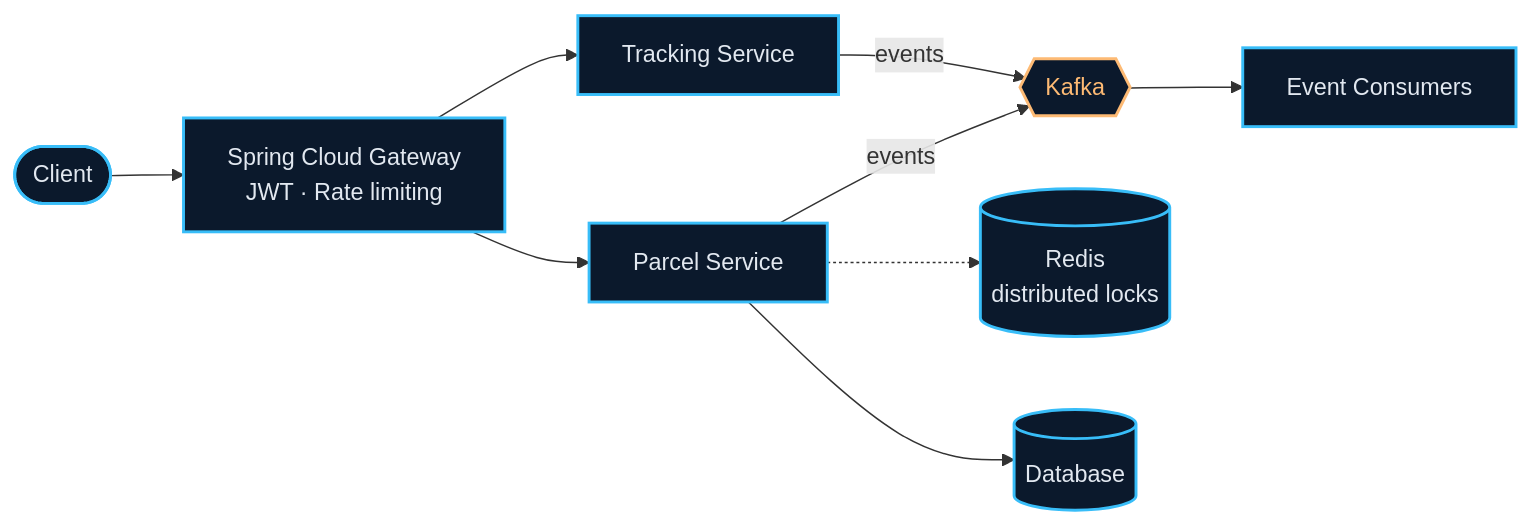
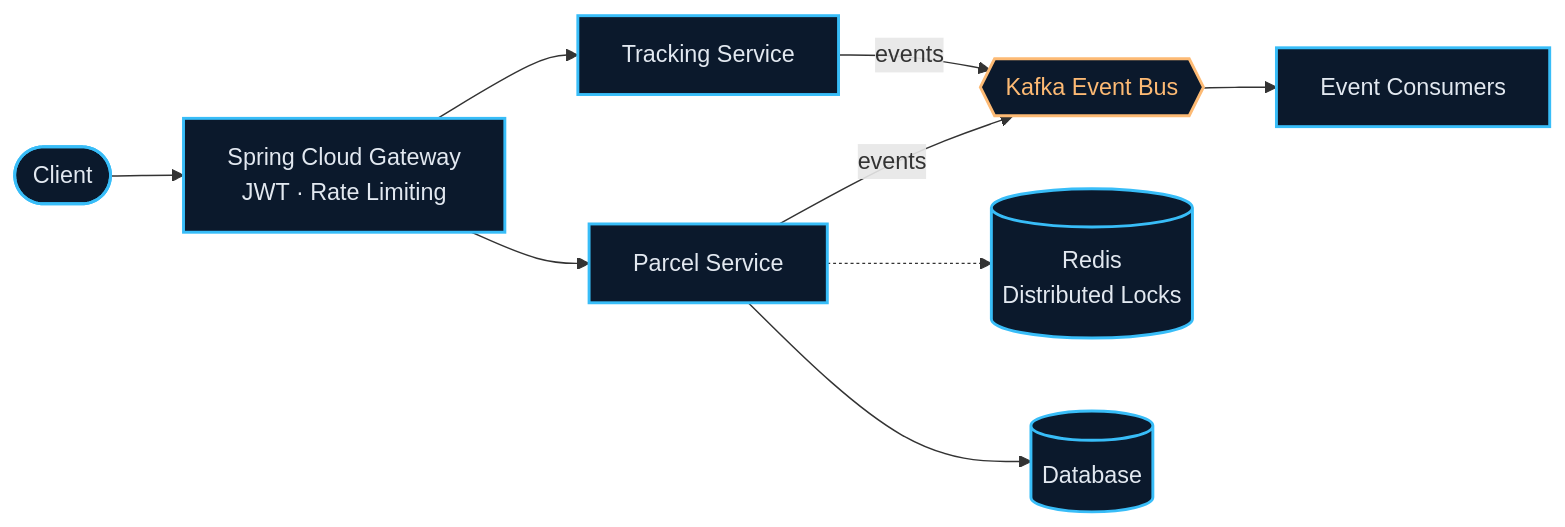
Before and after one commit to Khanhnv26/khanhnv26: the diagram in README.md, drawn with Mermaid. The commit also changed other lines of this file, not shown here.

````diff
--- a/README.md
+++ b/README.md
@@ -210,15 +77,15 @@
 ```mermaid
 flowchart LR
-    C([Client]) --> G["Spring Cloud Gateway<br/>JWT · Rate limiting"]
+    C([Client]) --> G["Spring Cloud Gateway<br/>JWT &middot; Rate Limiting"]
     G --> P[Parcel Service]
     G --> T[Tracking Service]
-    P -- events --> K{{Kafka}}
+    P -- events --> K{{Kafka Event Bus}}
     T -- events --> K
     K --> N[Event Consumers]
-    P -.-> R[("Redis<br/>distributed locks")]
+    P -.-> R[("Redis<br/>Distributed Locks")]
     P --> D[(Database)]
     classDef n fill:#0B192C,stroke:#38BDF8,stroke-width:2px,color:#E2E8F0;
     classDef accent fill:#0B192C,stroke:#FDBA74,stroke-width:2px,color:#FDBA74;
     class C,G,P,T,N,R,D n;
     class K accent;
 ```
````
